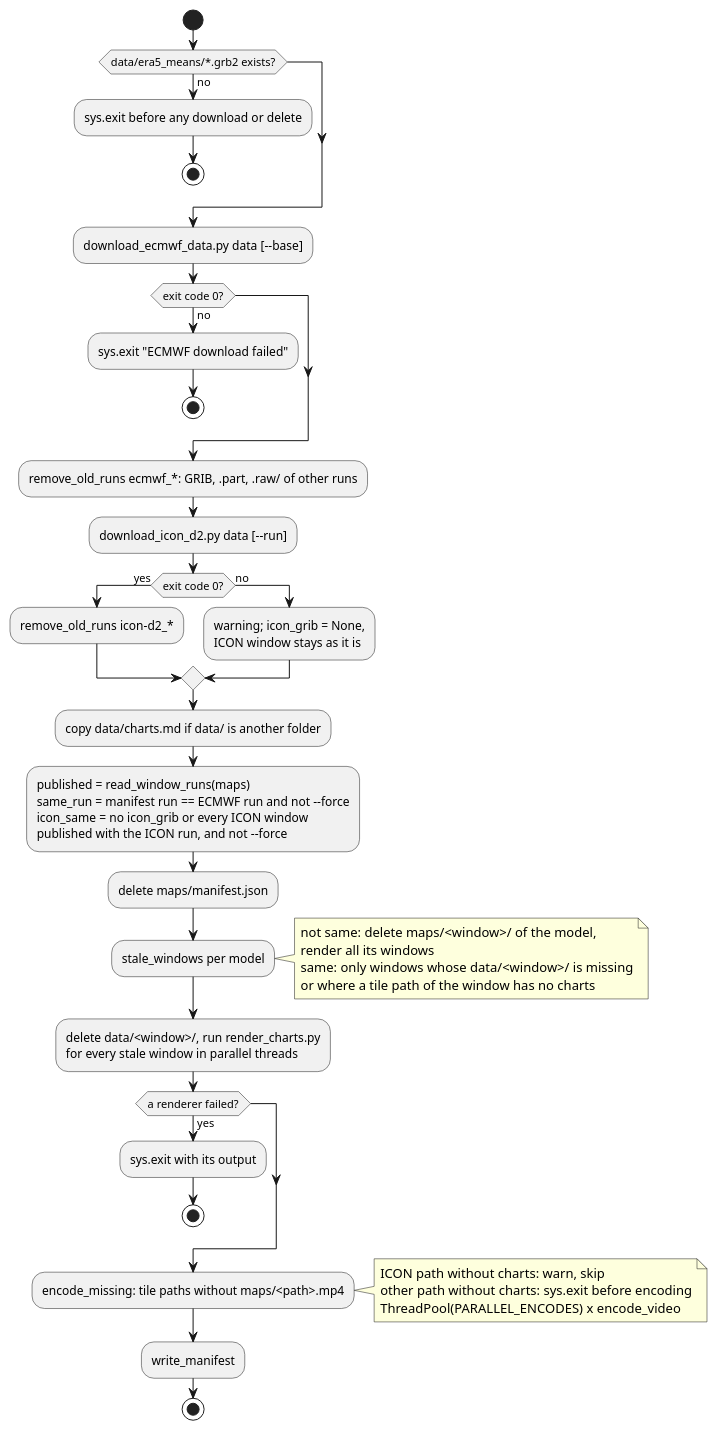
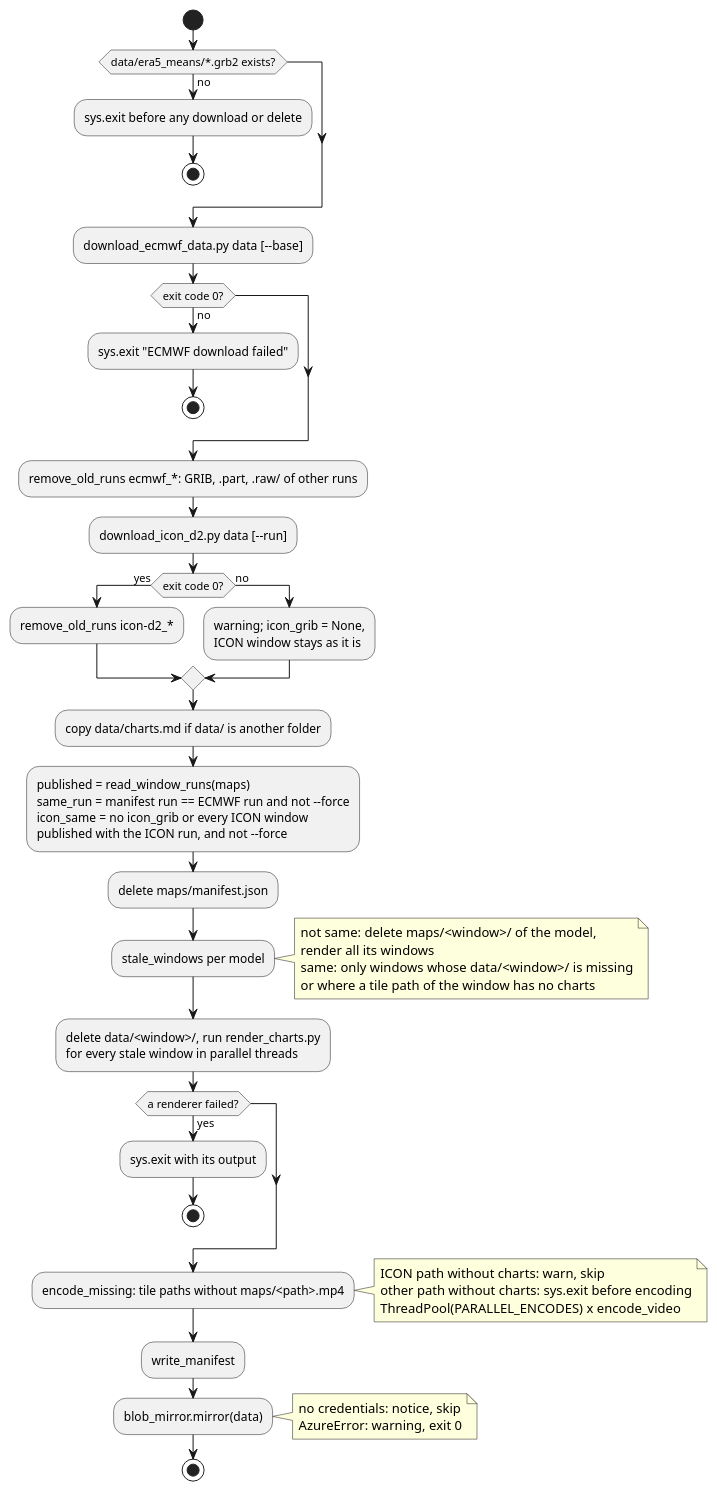
One commit to schletz/wetterkartenviewer changed the second of 5 diagrams in REFERENCE.scripts.md. Above: the diagram before and after it, drawn with PlantUML. The commit also changed other lines of this file and 6 other files, not shown here.

First line of the commit message:
Mirror data/ to the Azure blob container of the synop skill

````diff
--- a/REFERENCE.scripts.md
+++ b/REFERENCE.scripts.md
@@ -138,49 +149,54 @@
 ```plantuml
 @startuml update_maps
 start
 if (data/era5_means/*.grb2 exists?) then (no)
  :sys.exit before any download or delete;
  stop
 endif
 :download_ecmwf_data.py data [--base];
 if (exit code 0?) then (no)
  :sys.exit "ECMWF download failed";
  stop
 endif
 :remove_old_runs ecmwf_*: GRIB, .part, .raw/ of other runs;
 :download_icon_d2.py data [--run];
 if (exit code 0?) then (yes)
  :remove_old_runs icon-d2_*;
 else (no)
  :warning; icon_grib = None,
  ICON window stays as it is;
 endif
 :copy data/charts.md if data/ is another folder;
 :published = read_window_runs(maps)
 same_run = manifest run == ECMWF run and not --force
 icon_same = no icon_grib or every ICON window
 published with the ICON run, and not --force;
 :delete maps/manifest.json;
 :stale_windows per model;
 note right
  not same: delete maps/<window>/ of the model,
  render all its windows
  same: only windows whose data/<window>/ is missing
  or where a tile path of the window has no charts
 end note
 :delete data/<window>/, run render_charts.py
 for every stale window in parallel threads;
 if (a renderer failed?) then (yes)
  :sys.exit with its output;
  stop
 endif
 :encode_missing: tile paths without maps/<path>.mp4;
 note right
  ICON path without charts: warn, skip
  other path without charts: sys.exit before encoding
  ThreadPool(PARALLEL_ENCODES) x encode_video
 end note
 :write_manifest;
+:blob_mirror.mirror(data);
+note right
+ no credentials: notice, skip
+ AzureError: warning, exit 0
+end note
 stop
 @enduml
 ```
````
